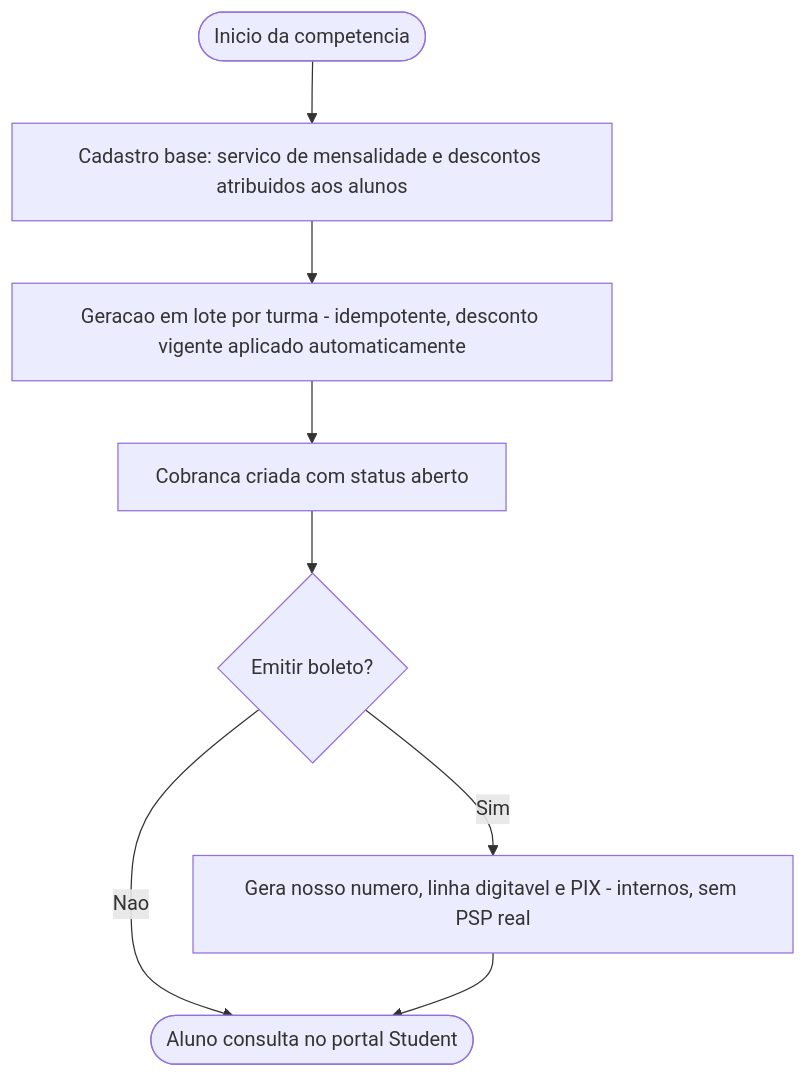
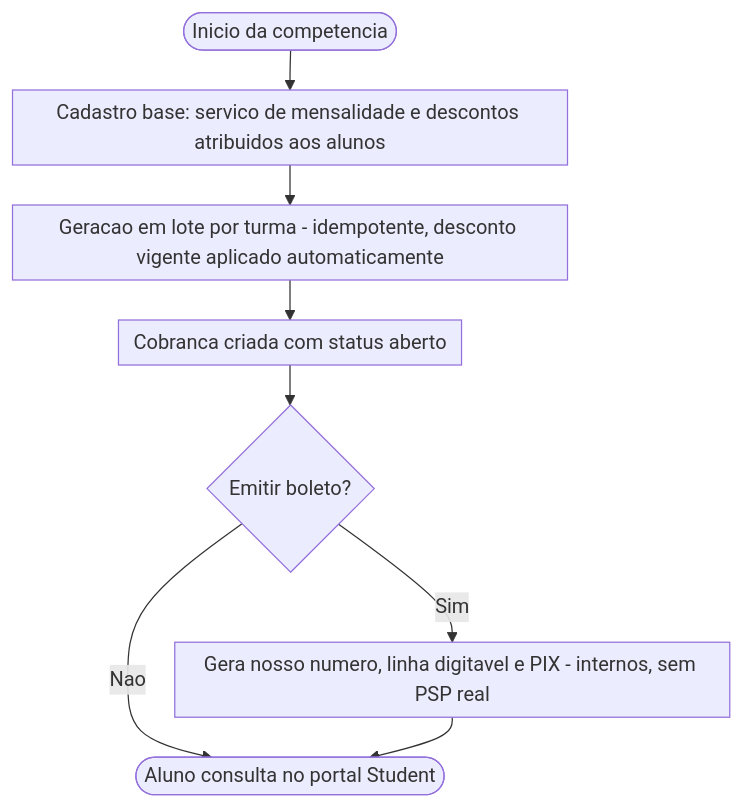
The diagram in docs/diagramas/src/ativ-financeiro.mmd (bebberjoao/RoosterOneBackend), drawn with Mermaid before and after one commit. The commit also changed 129 other files, not shown here.

First line of the commit message:
docs: diagramas revistos para legibilidade e conferidos com o código

```diff
--- a/docs/diagramas/src/ativ-financeiro.mmd
+++ b/docs/diagramas/src/ativ-financeiro.mmd
@@ -1,9 +1,9 @@
-%%{init: {'flowchart': {'wrappingWidth': 420}}}%%
+%%{init: {"flowchart":{"wrappingWidth":420,"nodeSpacing":26,"rankSpacing":32,"padding":6,"diagramPadding":6}}}%%
 flowchart TD
   A([Inicio da competencia]) --> B["Cadastro base: servico de mensalidade e descontos atribuidos aos alunos"]
   B --> C["Geracao em lote por turma - idempotente, desconto vigente aplicado automaticamente"]
   C --> D["Cobranca criada com status aberto"]
   D --> E{"Emitir boleto?"}
   E -->|Sim| F["Gera nosso numero, linha digitavel e PIX - internos, sem PSP real"]
   E -->|Nao| G([Aluno consulta no portal Student])
   F --> G
```
